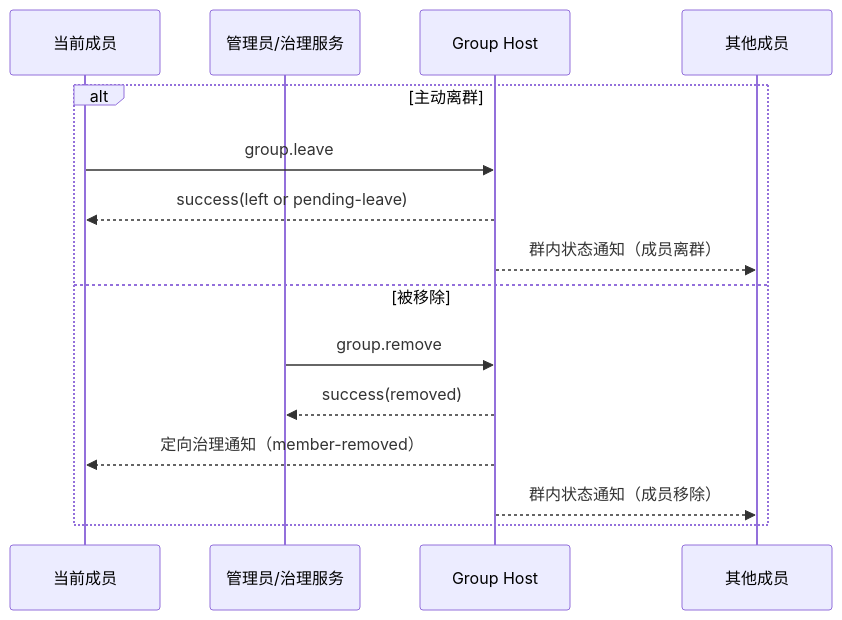
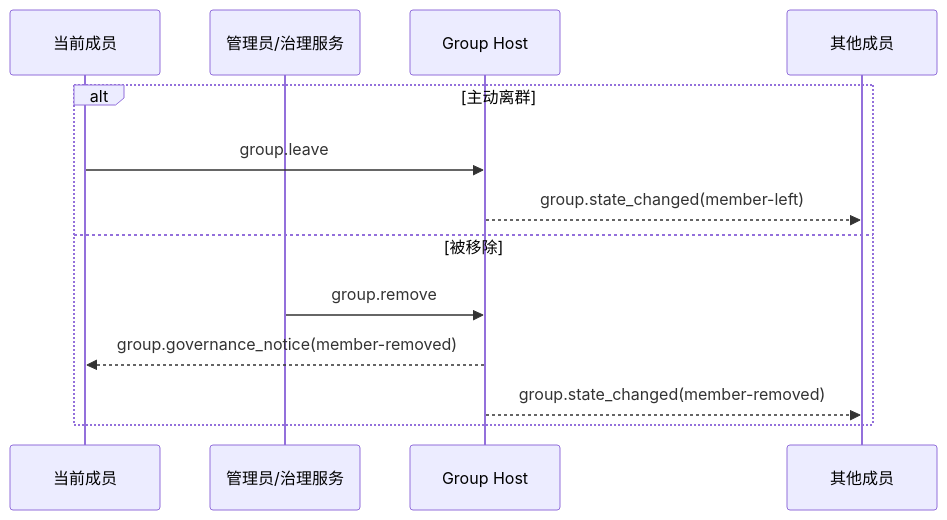
The sixth of 7 diagrams in chinese/message/04-群组基础语义.md (NeatNerdPrime/AgentNetworkProtocol), drawn with Mermaid before and after one commit. The commit also changed other lines of this file and 3 other files, not shown here.

````diff
--- a/chinese/message/04-群组基础语义.md
+++ b/chinese/message/04-群组基础语义.md
@@ -1631,18 +1290,16 @@
 ```mermaid
 sequenceDiagram
     participant Member as 当前成员
     participant Operator as 管理员/治理服务
     participant Host as Group Host
     participant Members as 其他成员
 
     alt 主动离群
         Member->>Host: group.leave
-        Host-->>Member: success(left or pending-leave)
-        Host-->>Members: 群内状态通知（成员离群）
+        Host-->>Members: group.state_changed(member-left)
     else 被移除
         Operator->>Host: group.remove
-        Host-->>Operator: success(removed)
-        Host-->>Member: 定向治理通知（member-removed）
-        Host-->>Members: 群内状态通知（成员移除）
+        Host-->>Member: group.governance_notice(member-removed)
+        Host-->>Members: group.state_changed(member-removed)
     end
 ```
````
